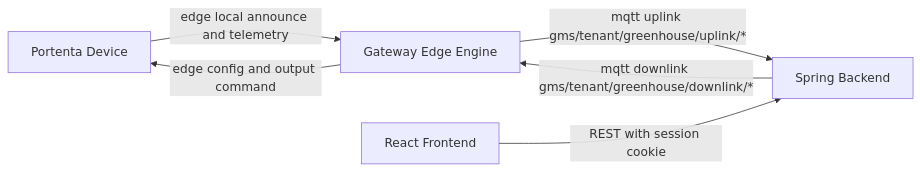
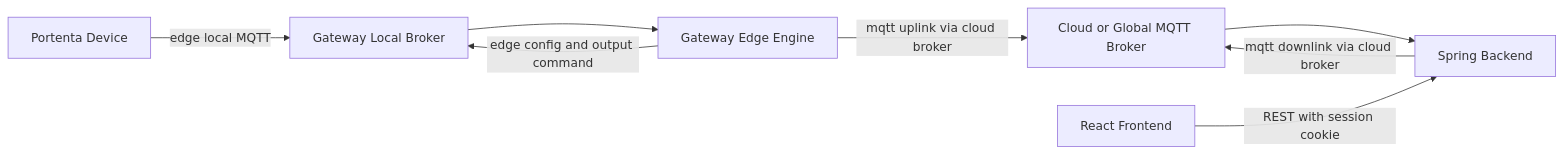
The diagram in README.md (gms-pbl/gms-backend), drawn with Mermaid before and after one commit. The commit also changed other lines of this file, not shown here.

Commit message:
docs: update the README.md with the changes

````diff
--- a/README.md
+++ b/README.md
@@ -31,8 +31,10 @@
 ```mermaid
 flowchart LR
-  D[Portenta Device] -->|edge local announce and telemetry| G[Gateway Edge Engine]
-  G -->|mqtt uplink gms/tenant/greenhouse/uplink/*| B[Spring Backend]
+  D[Portenta Device] -->|edge local MQTT| L[Gateway Local Broker]
+  L --> G[Gateway Edge Engine]
+  G -->|mqtt uplink via cloud broker| C[Cloud or Global MQTT Broker]
+  C --> B[Spring Backend]
   F[React Frontend] -->|REST with session cookie| B
-  B -->|mqtt downlink gms/tenant/greenhouse/downlink/*| G
-  G -->|edge config and output command| D
+  B -->|mqtt downlink via cloud broker| C
+  G -->|edge config and output command| L
 ```
````
